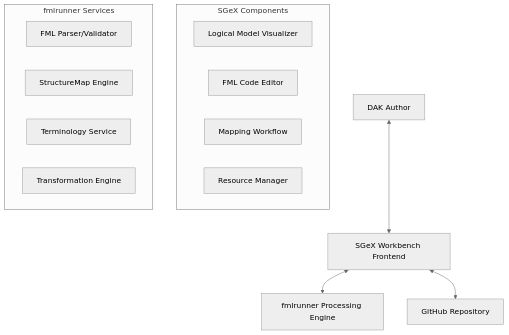
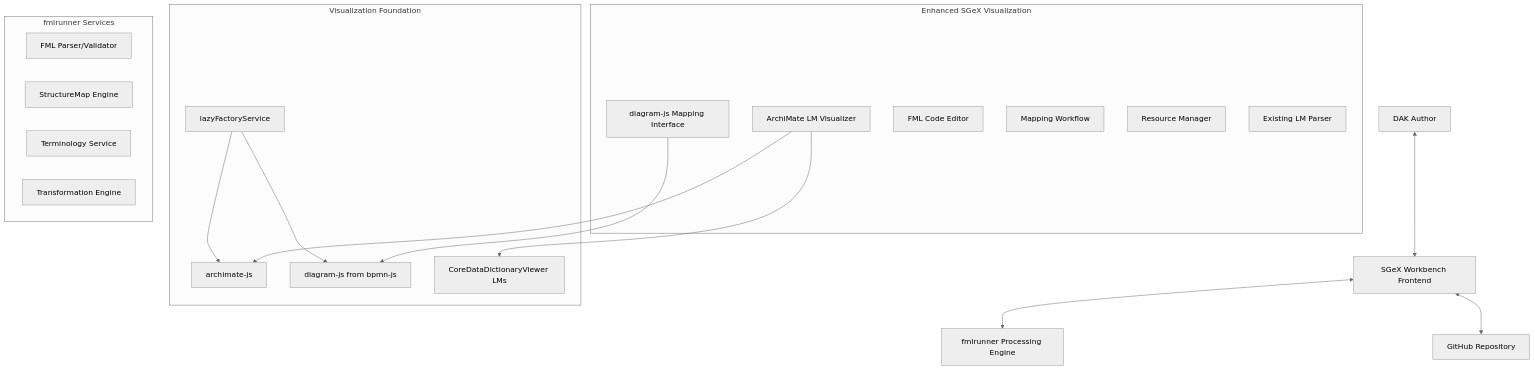
The diagram in public/docs/fml-structuremap-integration-plan.md (litlfred/sgex), drawn with Mermaid (neutral theme) before and after one commit. The commit also changed other lines of this file and 1 other file, not shown here.

Commit message:
Update FML/StructureMap integration plan with archimate-js and enhanced diagram-js approach

````diff
--- a/public/docs/fml-structuremap-integration-plan.md
+++ b/public/docs/fml-structuremap-integration-plan.md
@@ -27,25 +33,40 @@
 ```mermaid
 flowchart TD
     User[DAK Author]
     SGeX[SGeX Workbench Frontend]
     FMLRunner[fmlrunner Processing Engine]
     GitHub[GitHub Repository]
     
     User <--> SGeX
     SGeX <--> FMLRunner
     SGeX <--> GitHub
     
-    subgraph "SGeX Components"
-        LMViz[Logical Model Visualizer]
+    subgraph "Enhanced SGeX Visualization"
+        ArchiViz[ArchiMate LM Visualizer]
+        DiagramMapping[diagram-js Mapping Interface]
         FMLEdit[FML Code Editor]
         MapWorkflow[Mapping Workflow]
         ResManager[Resource Manager]
+        LMParser[Existing LM Parser]
+    end
+    
+    subgraph "Visualization Foundation"
+        ArchiLib[archimate-js]
+        DiagramLib[diagram-js from bpmn-js]
+        LazyService[lazyFactoryService]
+        ExistingLM[CoreDataDictionaryViewer LMs]
     end
     
     subgraph "fmlrunner Services"
         FMLParser[FML Parser/Validator]
         SMEngine[StructureMap Engine]
         TermService[Terminology Service]
         TransformEngine[Transformation Engine]
     end
+    
+    ArchiViz --> ArchiLib
+    DiagramMapping --> DiagramLib
+    ArchiViz --> ExistingLM
+    LazyService --> ArchiLib
+    LazyService --> DiagramLib
 ```
````
